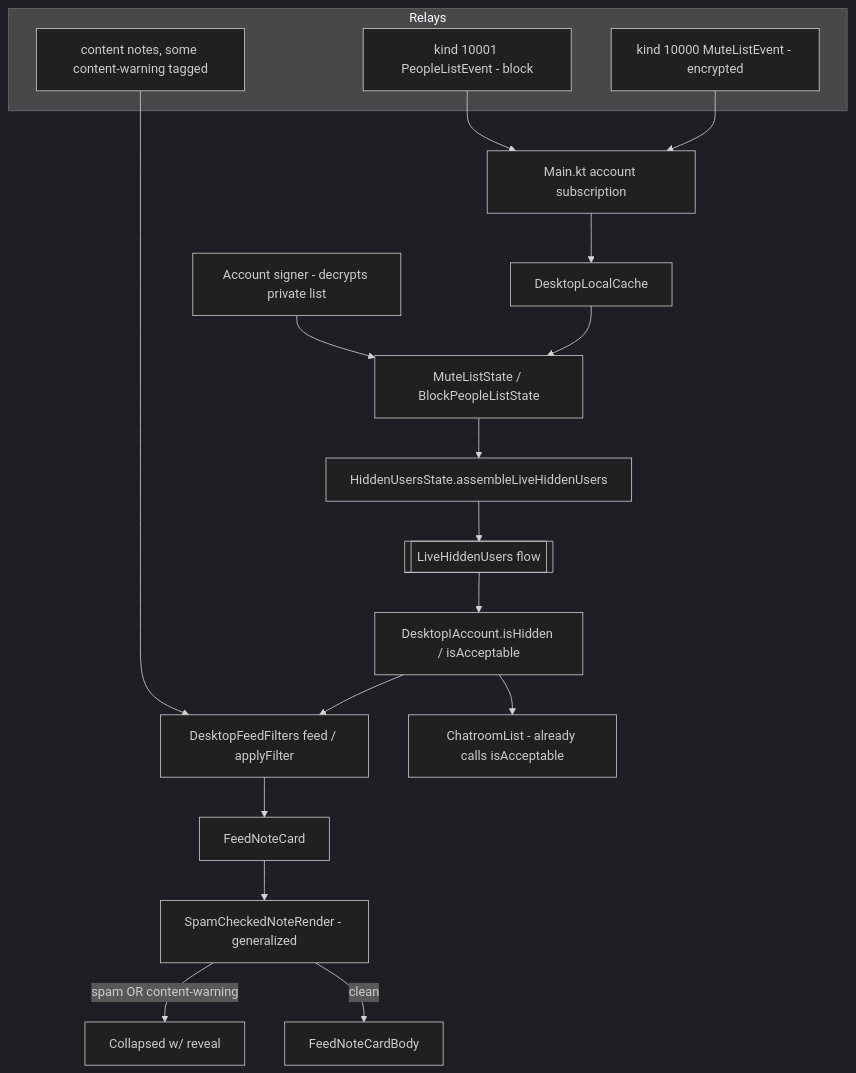
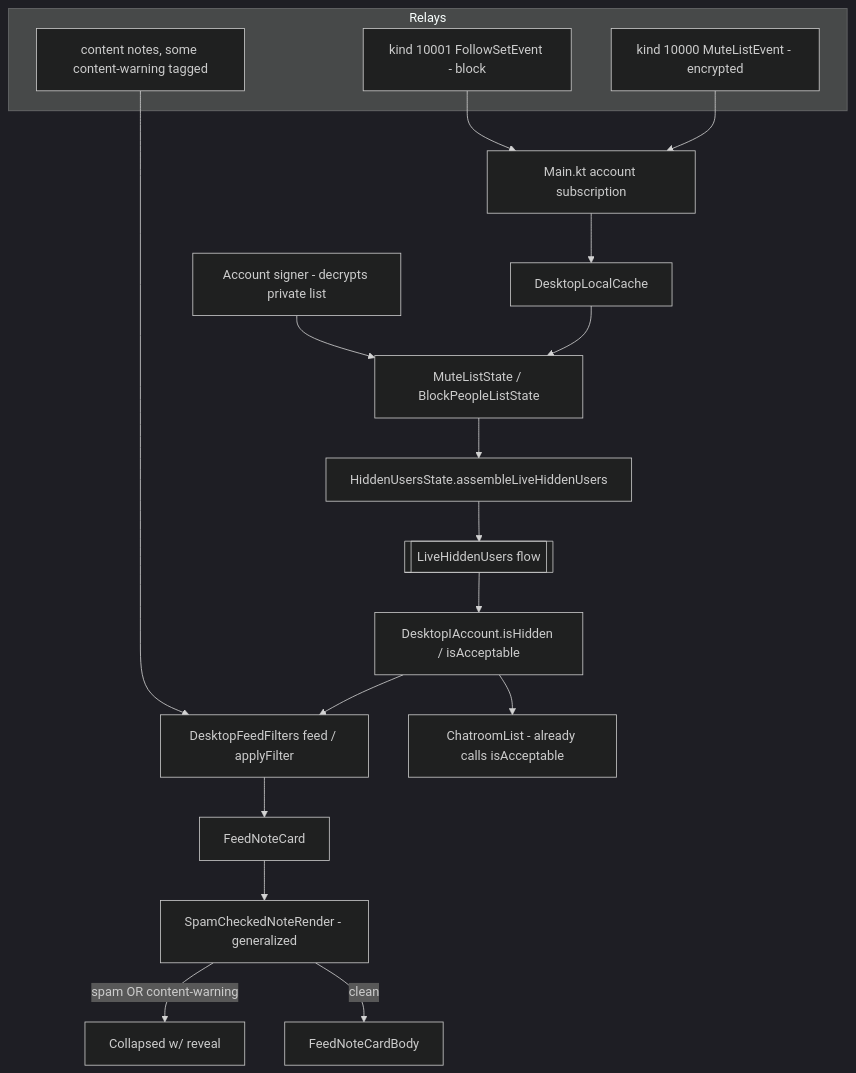
One commit to vitorpamplona/amethyst changed the diagram in desktopApp/plans/2026-07-23-feat-desktop-moderation-safety-plan.md. Above: the diagram before and after it, drawn with Mermaid (dark theme). The commit also changed other lines of this file and 290 other files, not shown here.

````diff
--- a/desktopApp/plans/2026-07-23-feat-desktop-moderation-safety-plan.md
+++ b/desktopApp/plans/2026-07-23-feat-desktop-moderation-safety-plan.md
@@ -102,22 +102,22 @@
 ```mermaid
 flowchart TD
     subgraph relays[Relays]
       K10000[kind 10000 MuteListEvent - encrypted]
-      K10001[kind 10001 PeopleListEvent - block]
+      K10001[kind 10001 FollowSetEvent - block]
       K1068[content notes, some content-warning tagged]
     end
     K10000 & K10001 --> SUB[Main.kt account subscription]
     SUB --> DLC[DesktopLocalCache]
     DLC --> MLS[MuteListState / BlockPeopleListState]
     SIGNER[Account signer - decrypts private list] --> MLS
     MLS --> HUS[HiddenUsersState.assembleLiveHiddenUsers]
     HUS --> LHU[[LiveHiddenUsers flow]]
     LHU --> IACC[DesktopIAccount.isHidden / isAcceptable]
     IACC --> FF[DesktopFeedFilters feed / applyFilter]
     IACC --> CHAT[ChatroomList - already calls isAcceptable]
     K1068 --> FF
     FF --> UI[FeedNoteCard]
     UI --> SCNR[SpamCheckedNoteRender - generalized]
     SCNR -->|spam OR content-warning| COLLAPSE[Collapsed w/ reveal]
     SCNR -->|clean| BODY[FeedNoteCardBody]
 ```
````
